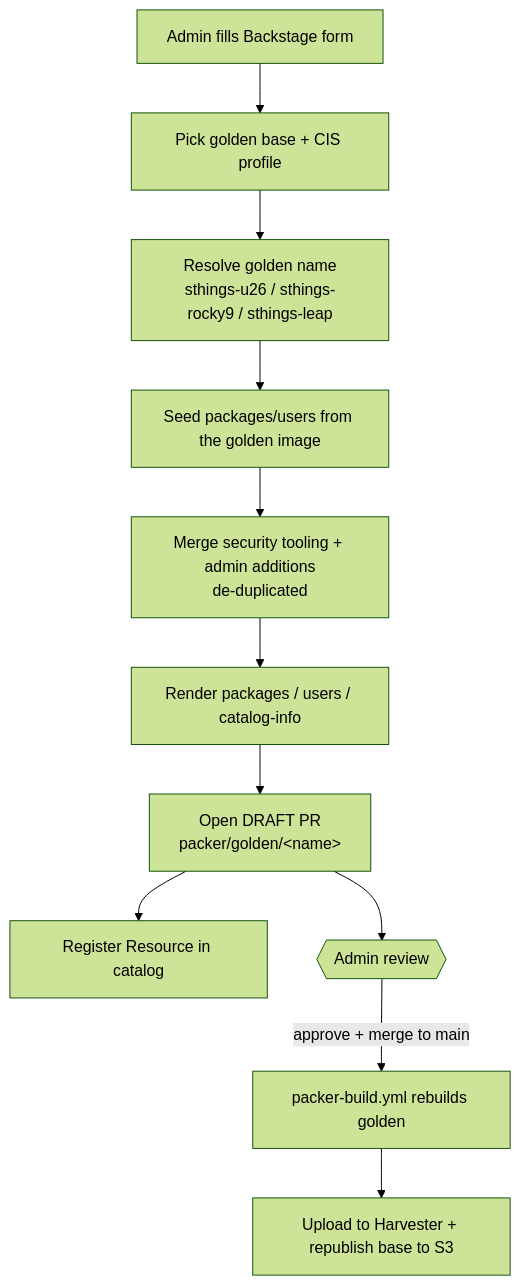
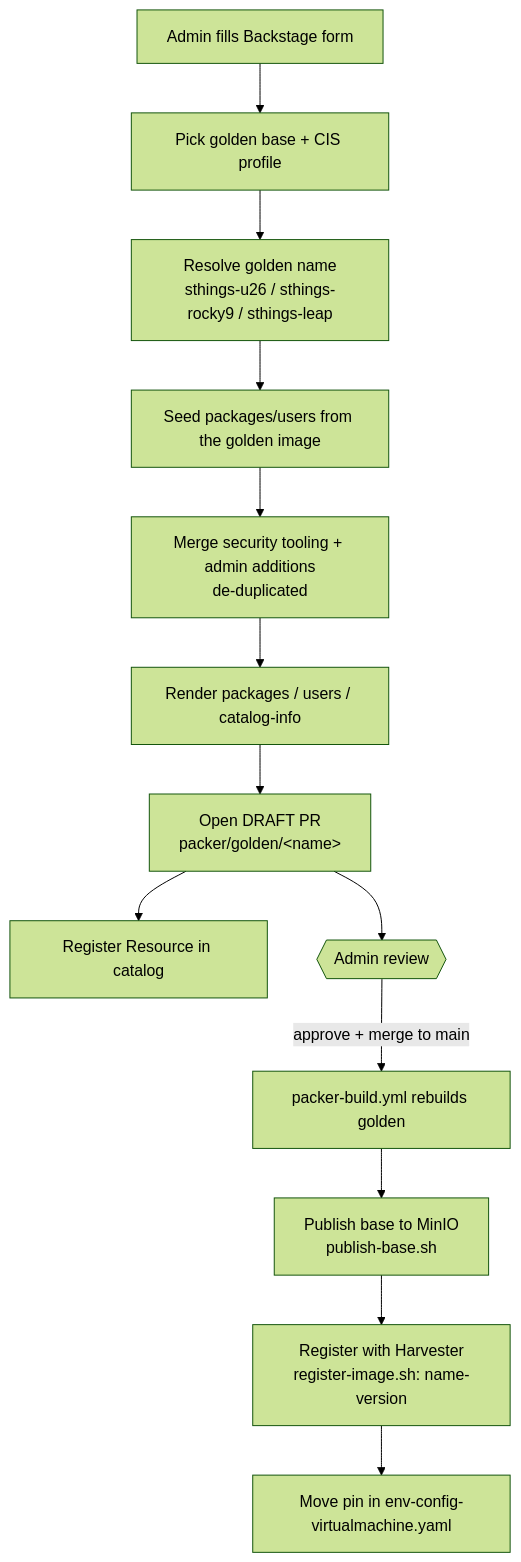
Before and after one commit to stuttgart-things/backstage-resources: the diagram in templates/harvester-packer-adminimage/README.md, drawn with Mermaid (forest theme). The commit also changed other lines of this file and 5 other files, not shown here.

First line of the commit message:
fix(harvester-packer): keep the golden checksum, stop leaking merge inputs, describe publish + register

````diff
--- a/templates/harvester-packer-adminimage/README.md
+++ b/templates/harvester-packer-adminimage/README.md
@@ -29,13 +31,15 @@
 ```mermaid
 flowchart TD
     A[Admin fills Backstage form] --> B[Pick golden base + CIS profile]
     B --> C[Resolve golden name<br/>sthings-u26 / sthings-rocky9 / sthings-leap]
     C --> D[Seed packages/users from the golden image]
     D --> E[Merge security tooling + admin additions<br/>de-duplicated]
     E --> F[Render packages / users / catalog-info]
     F --> G[Open DRAFT PR<br/>packer/golden/&lt;name&gt;]
     G --> H[Register Resource in catalog]
     G --> R{{Admin review}}
     R -->|approve + merge to main| I[packer-build.yml rebuilds golden]
-    I --> J[Upload to Harvester + republish base to S3]
+    I --> J[Publish base to MinIO<br/>publish-base.sh]
+    J --> K[Register with Harvester<br/>register-image.sh: name-version]
+    K --> L[Move pin in env-config-virtualmachine.yaml]
 ```
````
